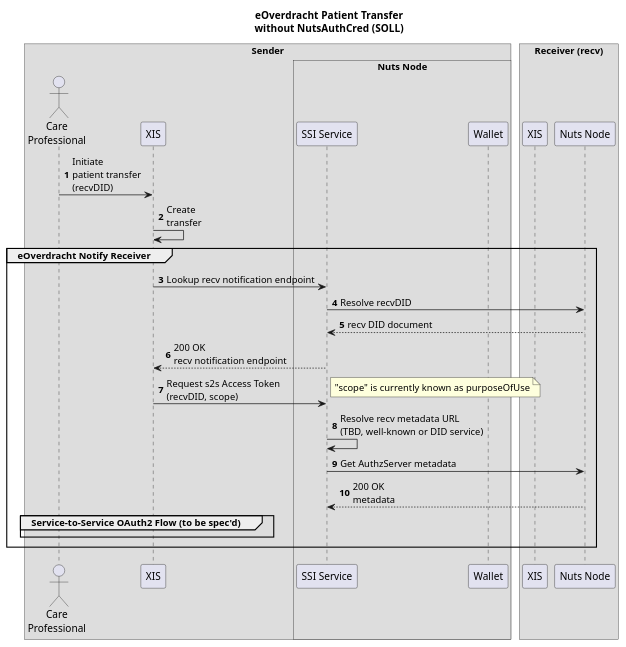
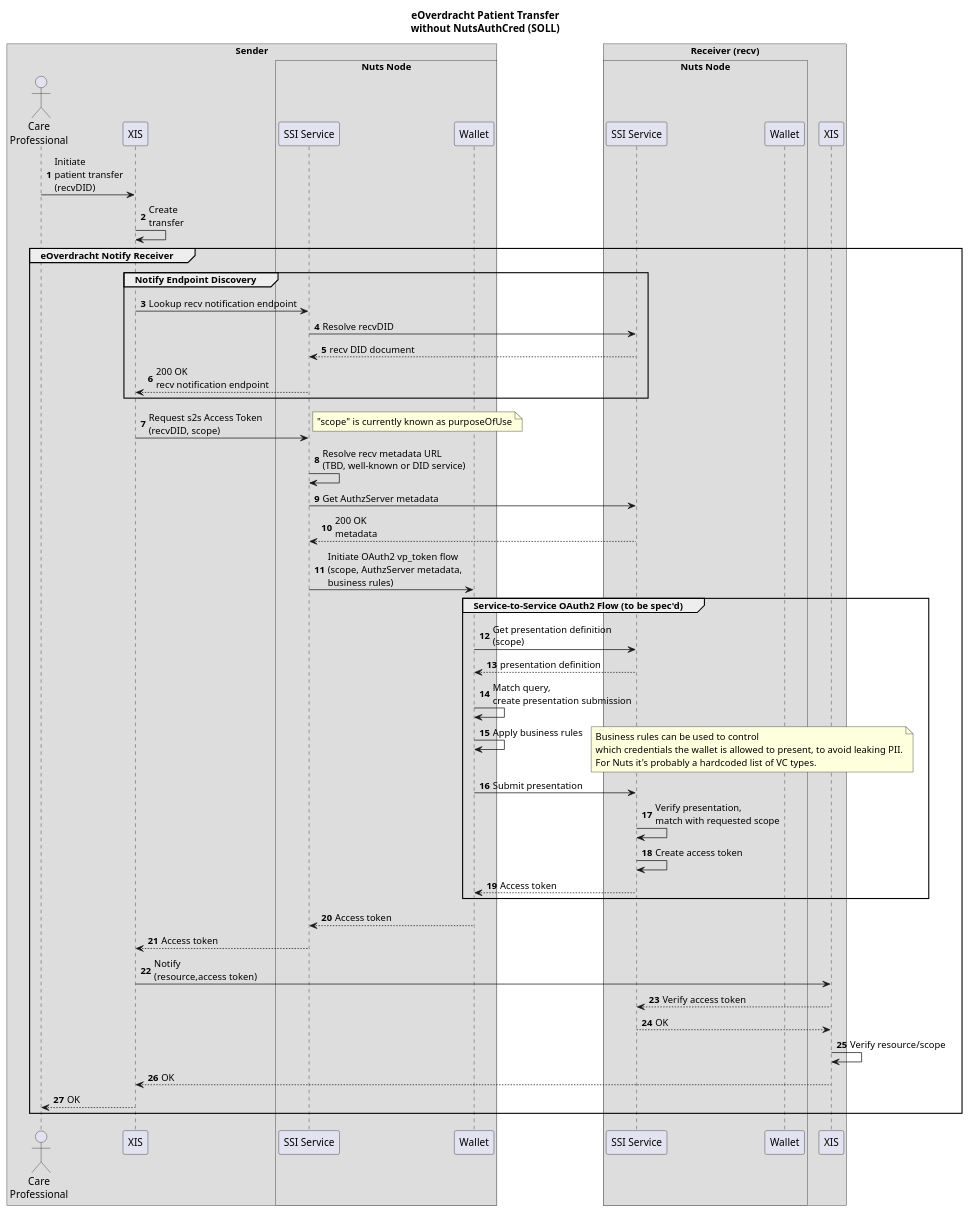
Before and after one commit to nuts-foundation/nuts-node: the diagram in docs/diagrams/openid4vc/eoverdracht-sd.puml, drawn with PlantUML.

```diff
--- a/docs/diagrams/openid4vc/eoverdracht-sd.puml
+++ b/docs/diagrams/openid4vc/eoverdracht-sd.puml
@@ -2,41 +2,67 @@
 @startuml
 autonumber
 !pragma teoz true
 
 
 title eOverdracht Patient Transfer\nwithout NutsAuthCred (SOLL)
 
 box Sender
     actor SenderCareProf as "Care\nProfessional"
     participant SenderXIS as "XIS"
     box Nuts Node
         participant SenderNode as "SSI Service"
         participant SenderWallet as "Wallet"
     end box
 end box
 box Receiver (recv)
+    box Nuts Node
+        participant ReceiverNode as "SSI Service"
+        participant ReceiverWallet as "Wallet"
+    end box
     participant ReceiverXIS as "XIS"
-    participant ReceiverNode as "Nuts Node"
 end box
 
 SenderCareProf -> SenderXIS : Initiate\npatient transfer\n(recvDID)
 SenderXIS -> SenderXIS : Create\ntransfer
 group eOverdracht Notify Receiver
-    SenderXIS -> SenderNode : Lookup recv notification endpoint
-    SenderNode -> ReceiverNode : Resolve recvDID
-    ReceiverNode --> SenderNode : recv DID document
-    SenderNode --> SenderXIS: 200 OK\nrecv notification endpoint
+    group Notify Endpoint Discovery
+        SenderXIS -> SenderNode : Lookup recv notification endpoint
+        SenderNode -> ReceiverNode : Resolve recvDID
+        ReceiverNode --> SenderNode : recv DID document
+        SenderNode --> SenderXIS: 200 OK\nrecv notification endpoint
+    end group
 
     SenderXIS -> SenderNode : Request s2s Access Token\n(recvDID, scope)
     note right : "scope" is currently known as purposeOfUse
     SenderNode -> SenderNode : Resolve recv metadata URL\n(TBD, well-known or DID service)
     SenderNode -> ReceiverNode : Get AuthzServer metadata
     ReceiverNode --> SenderNode : 200 OK\nmetadata
+    SenderNode -> SenderWallet : Initiate OAuth2 vp_token flow\n(scope, AuthzServer metadata,\nbusiness rules)
     group Service-to-Service OAuth2 Flow (to be spec'd)
-
+        SenderWallet -> ReceiverNode : Get presentation definition\n(scope)
+        ReceiverNode --> SenderWallet : presentation definition
+        SenderWallet -> SenderWallet : Match query,\ncreate presentation submission
+        SenderWallet -> SenderWallet : Apply business rules
+        note right
+            Business rules can be used to control
+            which credentials the wallet is allowed to present, to avoid leaking PII.
+            For Nuts it's probably a hardcoded list of VC types.
+        end note
+        SenderWallet -> ReceiverNode : Submit presentation
+        ReceiverNode -> ReceiverNode : Verify presentation,\nmatch with requested scope
+        ReceiverNode -> ReceiverNode : Create access token
+        ReceiverNode --> SenderWallet : Access token
     end group
+    SenderWallet --> SenderNode : Access token
+    SenderNode --> SenderXIS : Access token
+    SenderXIS -> ReceiverXIS : Notify\n(resource,access token)
+    ReceiverXIS --> ReceiverNode : Verify access token
+    ReceiverNode --> ReceiverXIS : OK
+    ReceiverXIS -> ReceiverXIS : Verify resource/scope
+    ReceiverXIS --> SenderXIS : OK
+    SenderXIS --> SenderCareProf : OK
 end group
 
 
 
 @enduml
```
